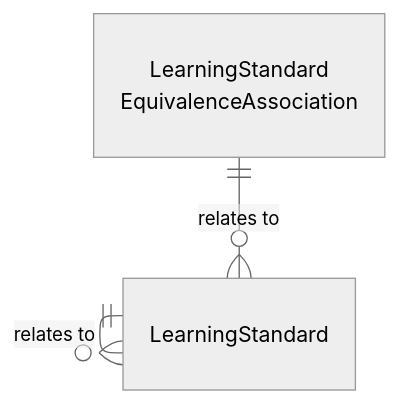
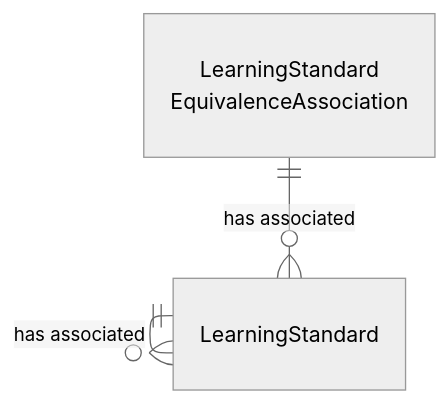
One commit to Ed-Fi-Alliance-OSS/ed-fi-alliance-oss.github.io changed the second of 4 diagrams in dataStandard_versioned_docs/version-6/model-reference/assessment-domain/model-diagrams.md. Above: the diagram before and after it, drawn with Mermaid (neutral theme). The commit also changed other lines of this file and 24 other files, not shown here.

````diff
--- a/dataStandard_versioned_docs/version-6/model-reference/assessment-domain/model-diagrams.md
+++ b/dataStandard_versioned_docs/version-6/model-reference/assessment-domain/model-diagrams.md
@@ -94,15 +94,13 @@
 ```mermaid
 ---
 config:
   layout: elk
 ---
 erDiagram
     LearningStandard {
     }
     LearningStandardEquivalenceAssociation["LearningStandard<br/>EquivalenceAssociation"] {
     }
-    LearningStandard ||--o{ LearningStandard : "relates to"
-    LearningStandardEquivalenceAssociation ||--o{ LearningStandard : "relates to"
-    style LearningStandard color:#000000
-    style LearningStandardEquivalenceAssociation color:#000000
+    LearningStandard ||--o{ LearningStandard : "has associated"
+    LearningStandardEquivalenceAssociation ||--o{ LearningStandard : "has associated"
 ```
````
